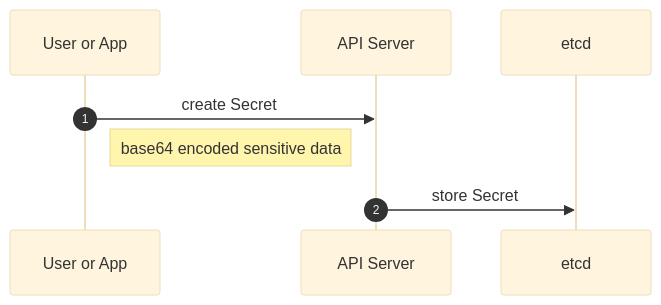
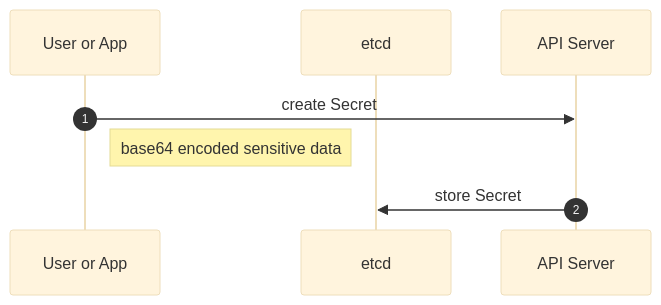
One commit to Trousseau-io/docs.trousseau.io changed the first of 8 diagrams in docs/trousseau/architecture.md. Above: the diagram before and after it, drawn with Mermaid (base theme). The commit also changed other lines of this file, not shown here.

````diff
--- a/docs/trousseau/architecture.md
+++ b/docs/trousseau/architecture.md
@@ -27,10 +43,10 @@
 ```mermaid
 sequenceDiagram
 participant User or App
+participant etcd
 participant API Server
-participant etcd
 autonumber
   User or App->>API Server: create Secret
   Note right of User or App: base64 encoded sensitive data
   API Server->>etcd: store Secret
 ```
````
